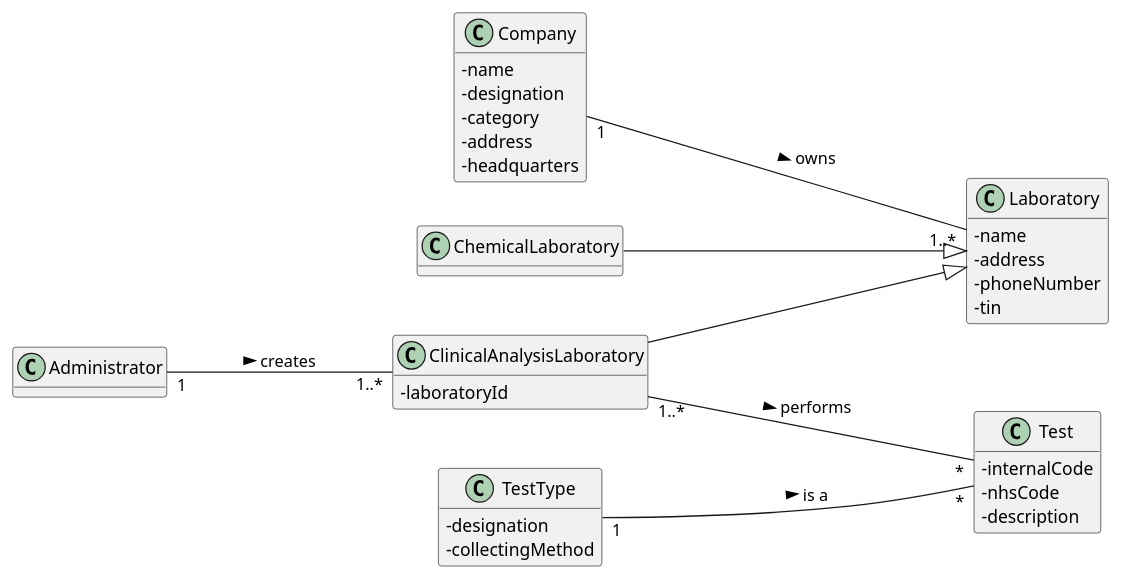
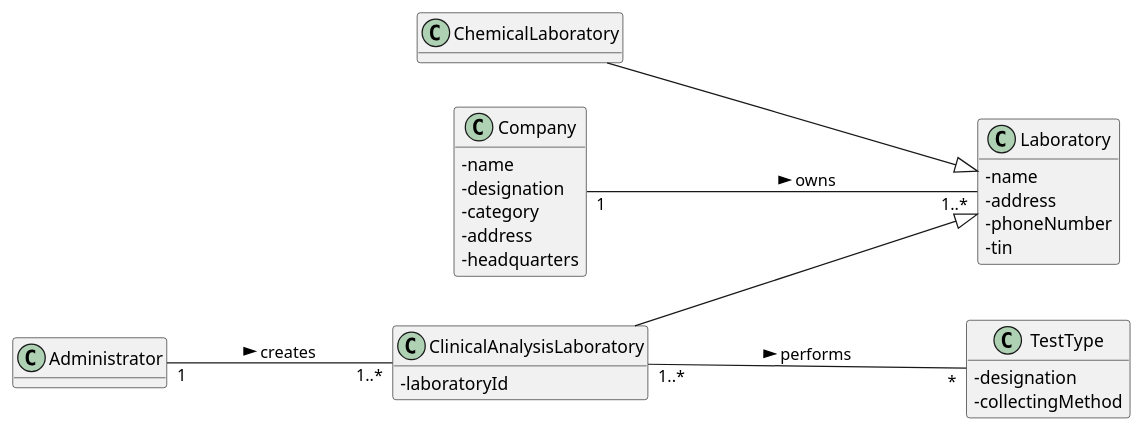
One commit to manu-07-ela/LAPR2_ISEP changed the diagram in docs/SprintB/US08/US08_MD.puml. Above: the diagram before and after it, drawn with PlantUML. The commit also changed 6 other files, not shown here.

```diff
--- a/docs/SprintB/US08/US08_MD.puml
+++ b/docs/SprintB/US08/US08_MD.puml
@@ -1,54 +1,48 @@
 @startuml
 hide methods
 left to right direction
 skinparam classAttributeIconSize 0
 
 
-class Test{
--internalCode
--nhsCode
--description
-}
 
 class Company{
 -name
 -designation
 -category
 -address
 -headquarters
 }
 
 class Laboratory {
   -name
   -address
   -phoneNumber
   -tin
 }
 
 class ClinicalAnalysisLaboratory {
   -laboratoryId
 }
 
 class TestType{
 -designation
 -collectingMethod
 }
 
 class ChemicalLaboratory{
 
 }
 
 class Administrator {
 
 }
 
 Company "1"---- "1..*" Laboratory : owns >
 ClinicalAnalysisLaboratory ----|> Laboratory
-ClinicalAnalysisLaboratory "1..*"----"*" Test : performs >
-TestType "1"----"*" Test : is a >
+ClinicalAnalysisLaboratory "1..*"----"*" TestType : performs >
 Administrator "1"---"1..*"ClinicalAnalysisLaboratory : creates >
 ChemicalLaboratory ----|> Laboratory
 
 
 
 @enduml
```
